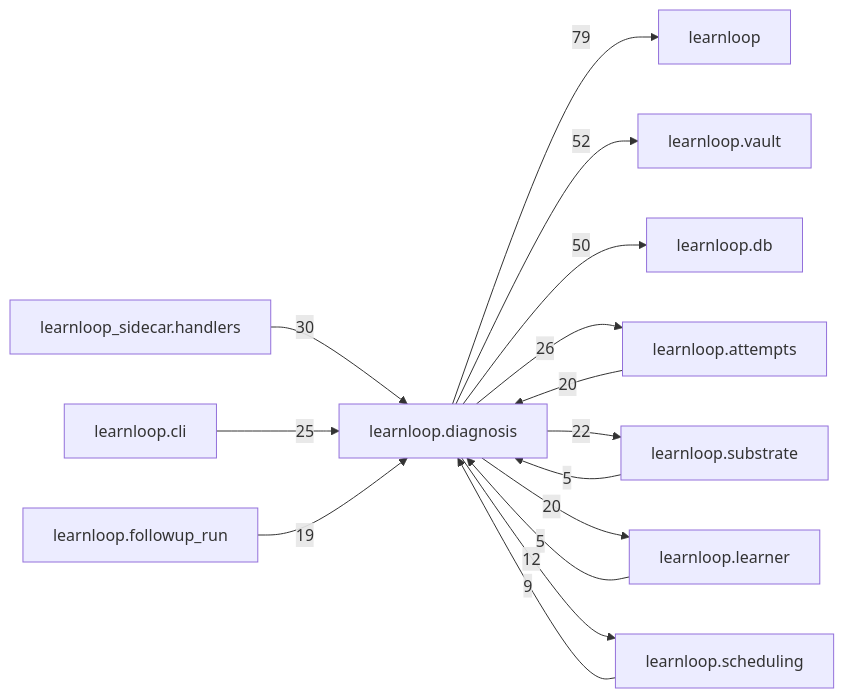
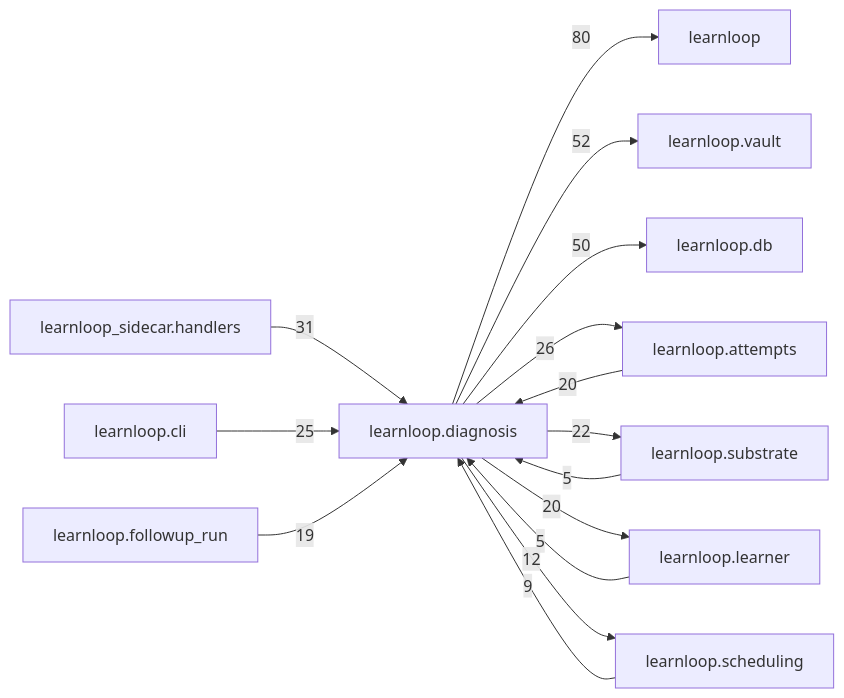
One commit to 6up-b/learnanything changed the diagram in docs/learnloop-architecture-vault/Reference/Modules/learnloop/diagnosis/_package.md. Above: the diagram before and after it, drawn with Mermaid. The commit also changed other lines of this file and 55 other files, not shown here.

````diff
--- a/docs/learnloop-architecture-vault/Reference/Modules/learnloop/diagnosis/_package.md
+++ b/docs/learnloop-architecture-vault/Reference/Modules/learnloop/diagnosis/_package.md
@@ -237,28 +239,28 @@
 ```mermaid
 flowchart LR
     center["learnloop.diagnosis"]
     n_learnloop["learnloop"]
     n_learnloop_vault["learnloop.vault"]
     n_learnloop_db["learnloop.db"]
     n_learnloop_attempts["learnloop.attempts"]
     n_learnloop_sidecar_handlers["learnloop_sidecar.handlers"]
     n_learnloop_substrate["learnloop.substrate"]
     n_learnloop_cli["learnloop.cli"]
     n_learnloop_learner["learnloop.learner"]
     n_learnloop_scheduling["learnloop.scheduling"]
     n_learnloop_followup_run["learnloop.followup_run"]
-    center -->|79| n_learnloop
+    center -->|80| n_learnloop
     center -->|52| n_learnloop_vault
     center -->|50| n_learnloop_db
     n_learnloop_attempts -->|20| center
     center -->|26| n_learnloop_attempts
-    n_learnloop_sidecar_handlers -->|30| center
+    n_learnloop_sidecar_handlers -->|31| center
     n_learnloop_substrate -->|5| center
     center -->|22| n_learnloop_substrate
     n_learnloop_cli -->|25| center
     n_learnloop_learner -->|5| center
     center -->|20| n_learnloop_learner
     n_learnloop_scheduling -->|9| center
     center -->|12| n_learnloop_scheduling
     n_learnloop_followup_run -->|19| center
 ```
````
